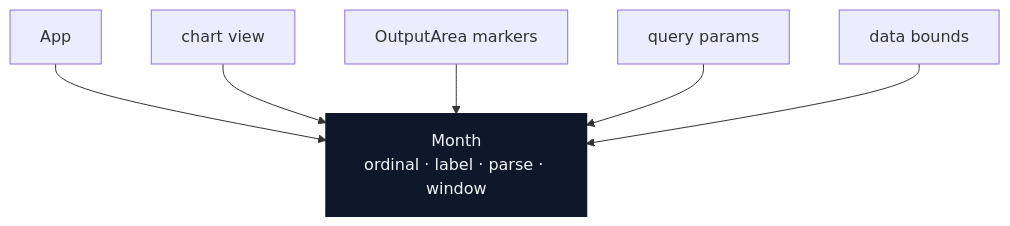
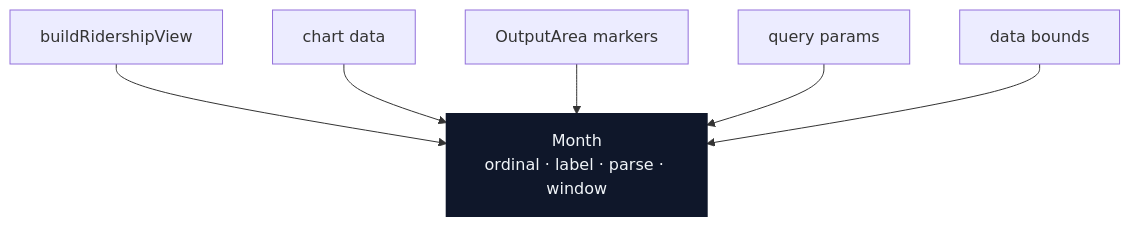
The third of 4 diagrams in docs/architecture-review-2026-08-05.md (streetsforall/metro_ridership_app), drawn with Mermaid before and after one commit. The commit also changed other lines of this file, not shown here.

First line of the commit message:
docs: refresh the architecture review before the 2/3/4 design sessions

````diff
--- a/docs/architecture-review-2026-08-05.md
+++ b/docs/architecture-review-2026-08-05.md
@@ -230,11 +303,11 @@
 ```mermaid
 flowchart TB
   M["Month<br/>ordinal · label · parse · window"]
-  A["App"] --> M
-  C["chart view"] --> M
+  A["buildRidershipView"] --> M
+  C["chart data"] --> M
   O["OutputArea markers"] --> M
   Q["query params"] --> M
   B["data bounds"] --> M
   classDef deep fill:#0f172a,color:#f1f5f9,stroke:#0f172a,stroke-width:2px;
   class M deep
 ```
````
